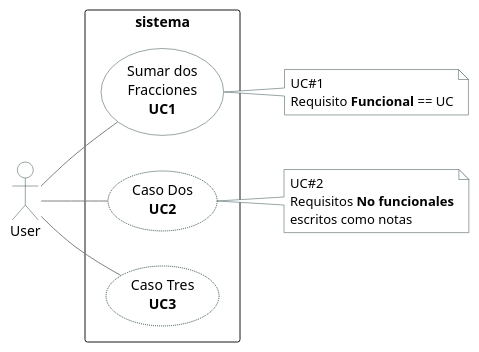
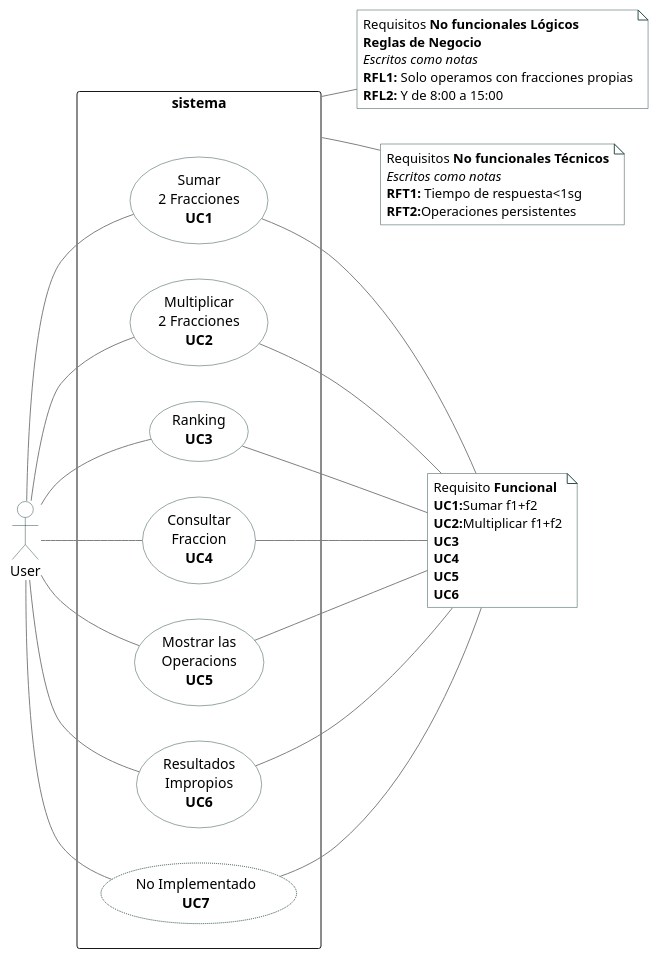
One commit to srlopez/RUP changed the first of 4 diagrams in ejemplos/fraccion_completo.md. Above: the diagram before and after it, drawn with PlantUML. The commit also changed other lines of this file, not shown here.

Commit message:
Arreglado F

````diff
--- a/ejemplos/fraccion_completo.md
+++ b/ejemplos/fraccion_completo.md
@@ -22,41 +22,58 @@
 ```plantuml
 @startuml
 hide stereotype
 
 skinparam usecase {
   BackgroundColor White
   BorderColor DarkSlateGray
   ArrowColor Grey
   
   BorderThickness<<beta>> 1
   BorderStyle<<beta>> dotted
   'BackgroundColor<<beta>> #FFE
   'BorderColor<<beta>> Red
 }
 skinparam actor {
   BackgroundColor White
   BorderColor DarkSlateGray
   ArrowColor Grey
 }
 skinparam note {
   BackgroundColor White
   BorderColor DarkSlateGray
 }
-note "UC#1\nRequisito <b>Funcional</b> == UC" as n1
-note "UC#2\nRequisitos <b>No funcionales</b>\nescritos como notas" as n2
+note "Requisito <b>Funcional</b>\n<b>UC1:</b>Sumar f1+f2\n<b>UC2:</b>Multiplicar f1+f2\n<b>UC3</b>\n<b>UC4</b>\n<b>UC5</b>\n<b>UC6</b>" as n1
+note "Requisitos <b>No funcionales Lógicos</b>\n<b>Reglas de Negocio</b>\n<i>Escritos como notas</i>\n<b>RFL1:</b> Solo operamos con fracciones propias\n<b>RFL2:</b> Y de 8:00 a 15:00" as n2
+note "Requisitos <b>No funcionales Técnicos</b>\n<i>Escritos como notas</i>\n<b>RFT1:</b> Tiempo de respuesta<1sg\n<b>RFT2:</b>Operaciones persistentes" as n3
 
 left to right direction
 :User: as cli
 rectangle sistema {
-  (Sumar dos\nFracciones\n<b>UC1</b>) as suma 
-  (Caso Dos\n<b>UC2</b>) as dos<<beta>> 
-  (Caso Tres\n<b>UC3</b>) as tres<<beta>>
+  (Sumar\n2 Fracciones\n<b>UC1</b>) as uno 
+  (Multiplicar\n2 Fracciones\n<b>UC2</b>) as dos 
+  (Ranking\n<b>UC3</b>) as tres
+  (Consultar\nFraccion\n<b>UC4</b>) as cuatro
+  (Mostrar las\nOperacions\n<b>UC5</b>) as cinco
+  (Resultados\nImpropios\n<b>UC6</b>) as seis
+  (No Implementado\n<b>UC7</b>) as siete<<beta>>
 }
 
-cli -- suma
-suma -- n1
-dos -- n2
+cli -- uno
+sistema -- n2
+sistema -- n3
 cli -- dos
 cli -- tres
+cli -- cuatro
+cli -- cinco
+cli -- seis
+cli -- siete
+uno -- n1
+dos -- n1
+tres -- n1
+cuatro -- n1
+cinco -- n1
+seis -- n1
+siete -- n1
+
 @enduml
 ```
````
